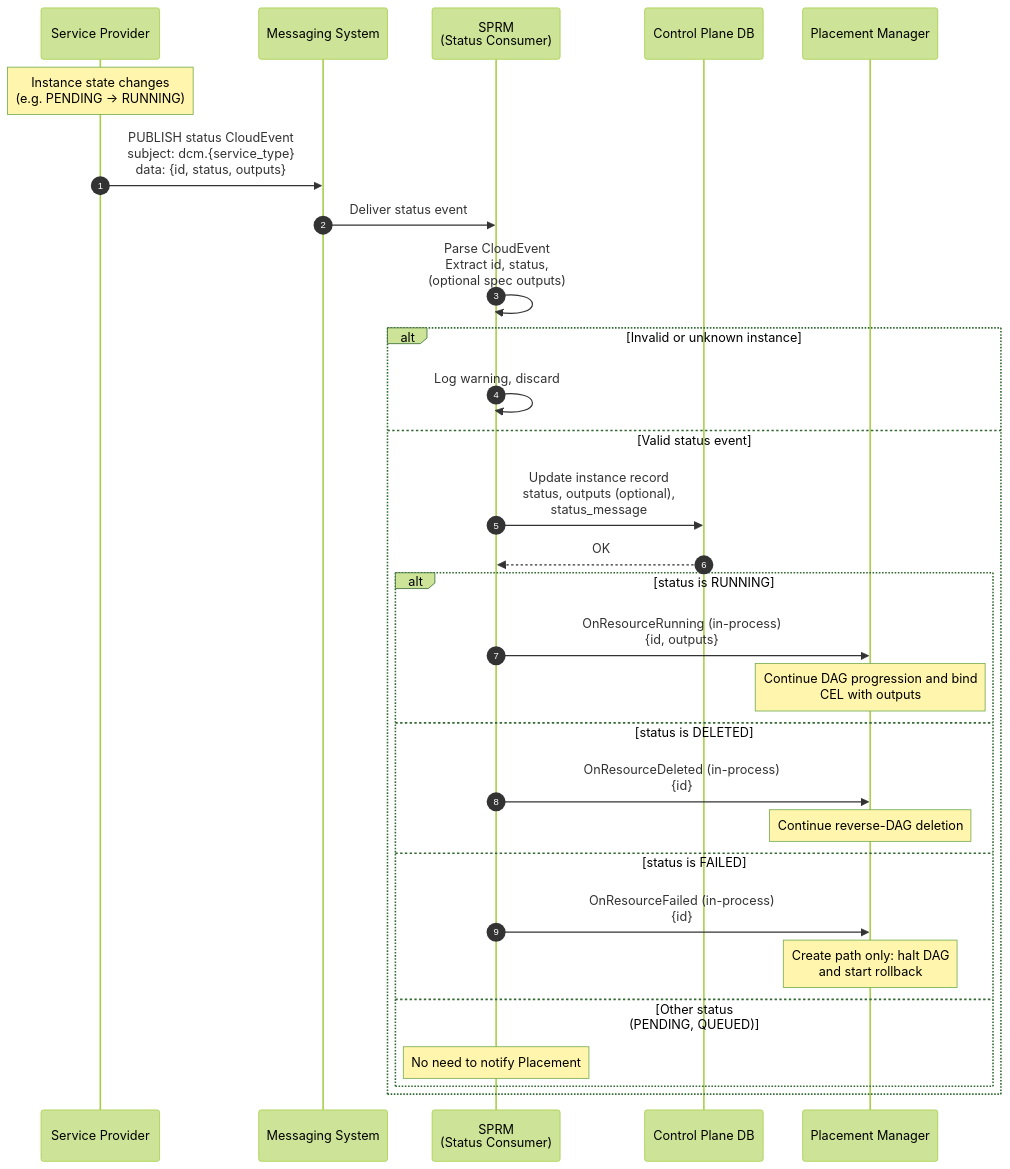
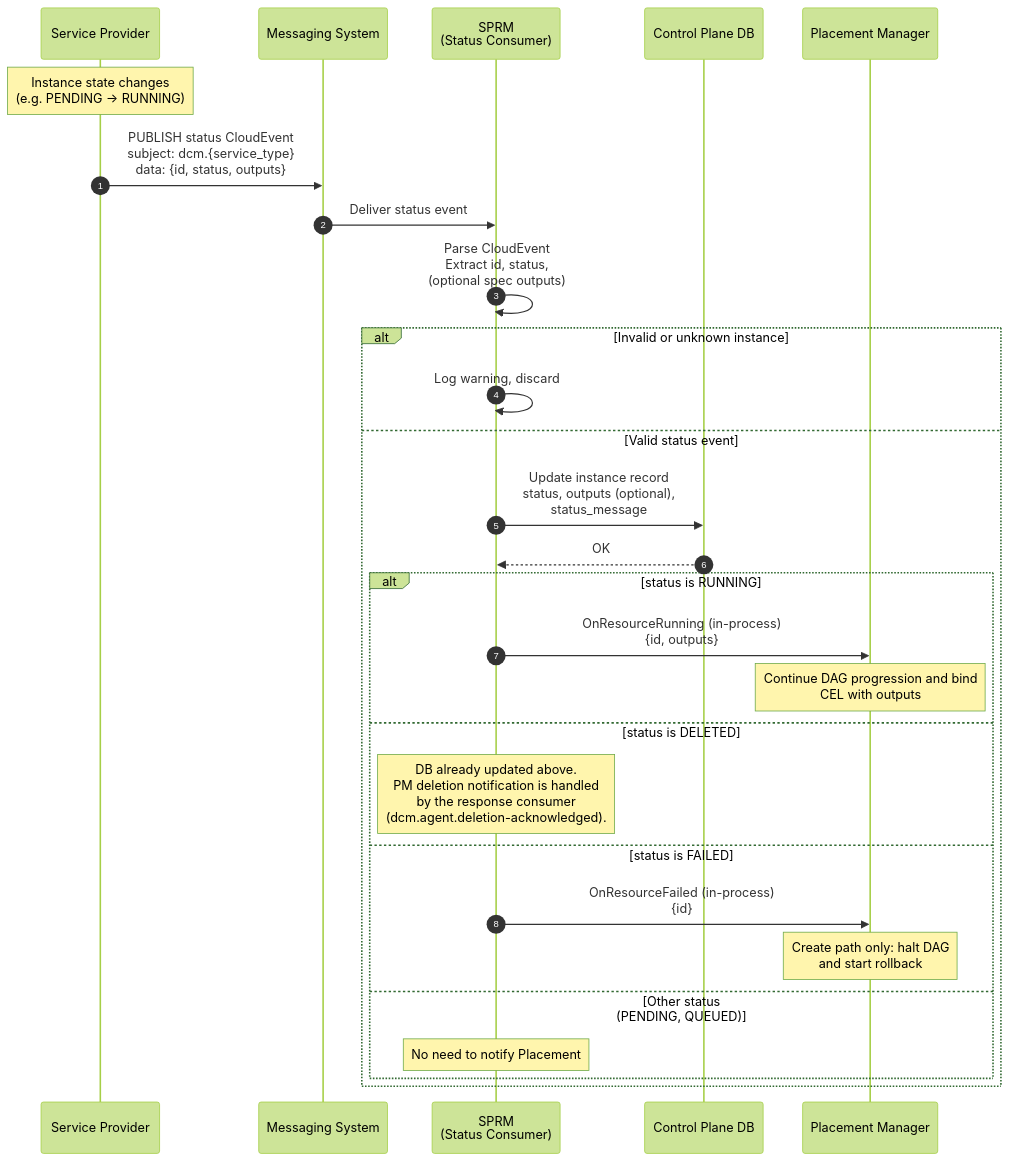
The fifth of 5 diagrams in enhancements/sp-resource-manager/sp-resource-manager.md (dcm-project/enhancements), drawn with Mermaid (forest theme) before and after one commit. The commit also changed other lines of this file and 2 other files, not shown here.

````diff
--- a/enhancements/sp-resource-manager/sp-resource-manager.md
+++ b/enhancements/sp-resource-manager/sp-resource-manager.md
@@ -686,36 +704,35 @@
 ```mermaid
 sequenceDiagram
     autonumber
     participant SP as Service Provider
     participant MS as Messaging System
     participant SC as SPRM<br/>(Status Consumer)
     participant DB as Control Plane DB
     participant PM as Placement Manager
 
     Note over SP: Instance state changes<br/>(e.g. PENDING → RUNNING)
 
     SP->>MS: PUBLISH status CloudEvent<br/>subject: dcm.{service_type}<br/>data: {id, status, outputs}
     MS->>SC: Deliver status event
 
     SC->>SC: Parse CloudEvent<br/>Extract id, status, <br/>(optional spec outputs)
 
     alt Invalid or unknown instance
         SC->>SC: Log warning, discard
     else Valid status event
         SC->>DB: Update instance record<br/> status, outputs (optional), <br/>status_message
         DB-->>SC: OK
 
         alt status is RUNNING
             SC->>PM: OnResourceRunning (in-process)<br/>{id, outputs}
             Note over PM: Continue DAG progression and bind<br/> CEL with outputs
         else status is DELETED
-            SC->>PM: OnResourceDeleted (in-process)<br/>{id}
-            Note over PM: Continue reverse-DAG deletion
+            Note over SC: DB already updated above.<br/>PM deletion notification is handled<br/>by the response consumer<br/>(dcm.agent.deletion-acknowledged).
         else status is FAILED
           SC->>PM: OnResourceFailed (in-process)<br/>{id}
           Note over PM: Create path only: halt DAG<br/>and start rollback
         else Other status<br/>(PENDING, QUEUED)
             Note over SC: No need to notify Placement
         end
     end
 ```
````
